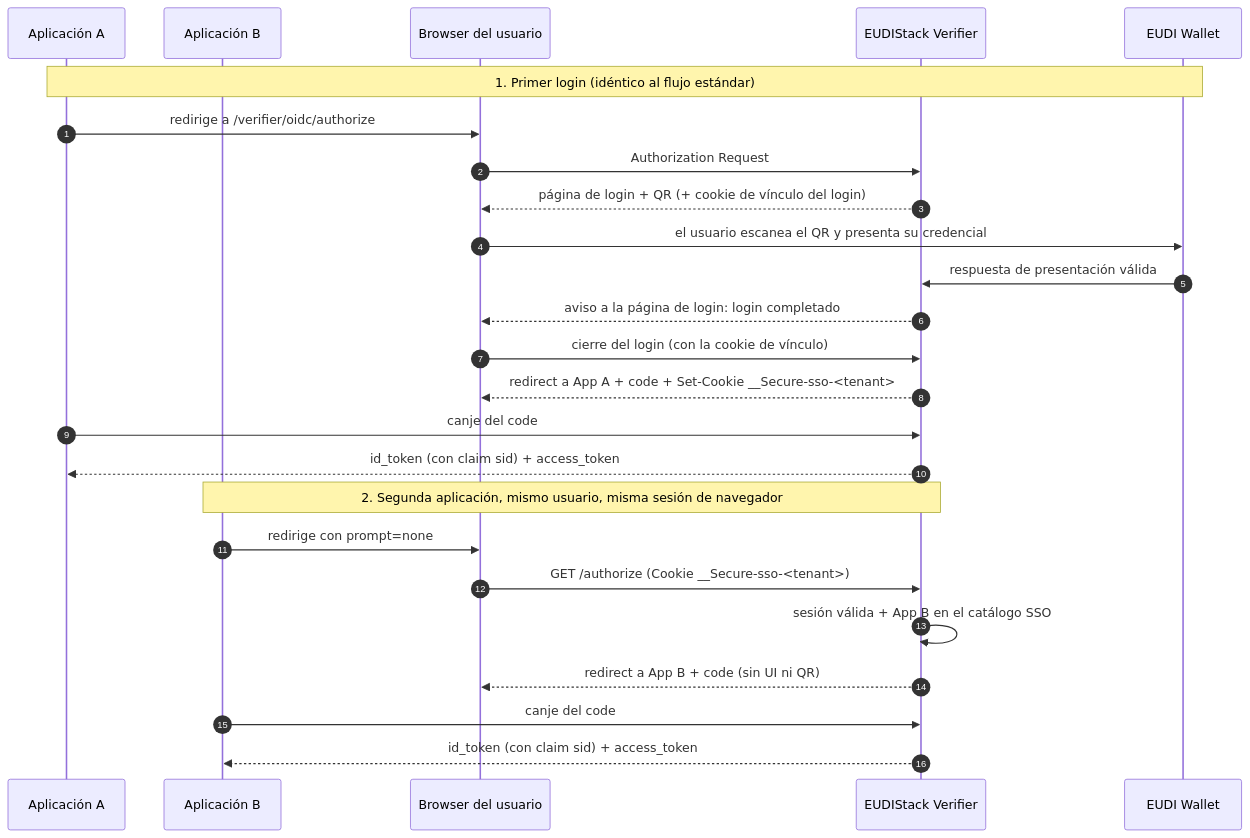
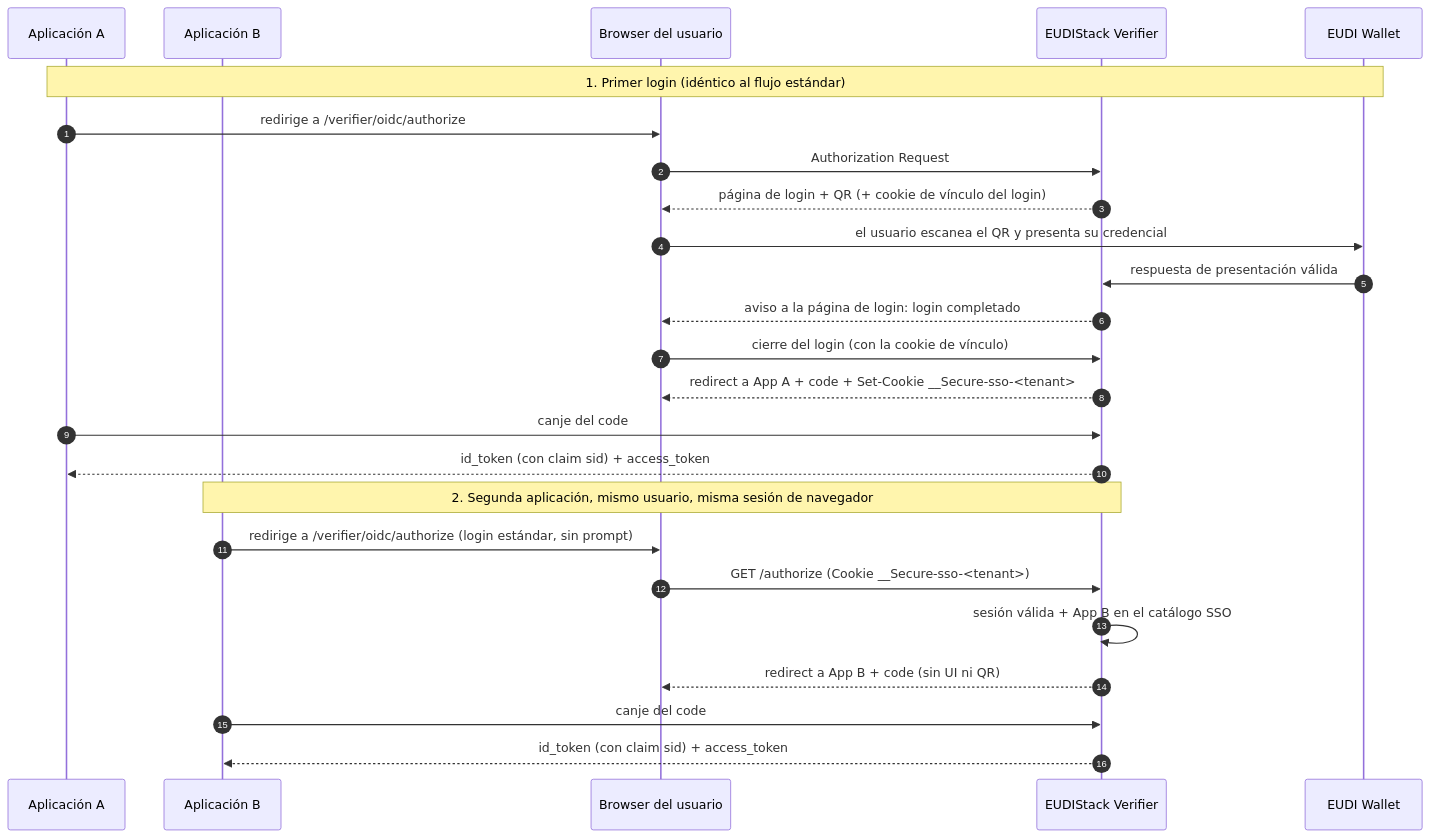
The first of 3 diagrams in docs/developers/guides/sso-multi-app.md (in2workspace/eudistack-platform-docs), drawn with Mermaid before and after one commit. The commit also changed other lines of this file and 9 other files, not shown here.

First line of the commit message:
docs: document SSO session reuse without prompt=none (Verifier 3.4.0)

````diff
--- a/docs/developers/guides/sso-multi-app.md
+++ b/docs/developers/guides/sso-multi-app.md
@@ -33,29 +36,29 @@
 ```mermaid
 sequenceDiagram
     autonumber
     participant App1 as Aplicación A
     participant App2 as Aplicación B
     participant Browser as Browser del usuario
     participant Verifier as EUDIStack Verifier
     participant Wallet as EUDI Wallet
 
     Note over App1,Wallet: 1. Primer login (idéntico al flujo estándar)
     App1->>Browser: redirige a /verifier/oidc/authorize
     Browser->>Verifier: Authorization Request
     Verifier-->>Browser: página de login + QR (+ cookie de vínculo del login)
     Browser->>Wallet: el usuario escanea el QR y presenta su credencial
     Wallet->>Verifier: respuesta de presentación válida
     Verifier-->>Browser: aviso a la página de login: login completado
     Browser->>Verifier: cierre del login (con la cookie de vínculo)
     Verifier-->>Browser: redirect a App A + code + Set-Cookie __Secure-sso-<tenant>
     App1->>Verifier: canje del code
     Verifier-->>App1: id_token (con claim sid) + access_token
 
     Note over App2,Verifier: 2. Segunda aplicación, mismo usuario, misma sesión de navegador
-    App2->>Browser: redirige con prompt=none
+    App2->>Browser: redirige a /verifier/oidc/authorize (login estándar, sin prompt)
     Browser->>Verifier: GET /authorize (Cookie __Secure-sso-<tenant>)
     Verifier->>Verifier: sesión válida + App B en el catálogo SSO
     Verifier-->>Browser: redirect a App B + code (sin UI ni QR)
     App2->>Verifier: canje del code
     Verifier-->>App2: id_token (con claim sid) + access_token
 ```
````
